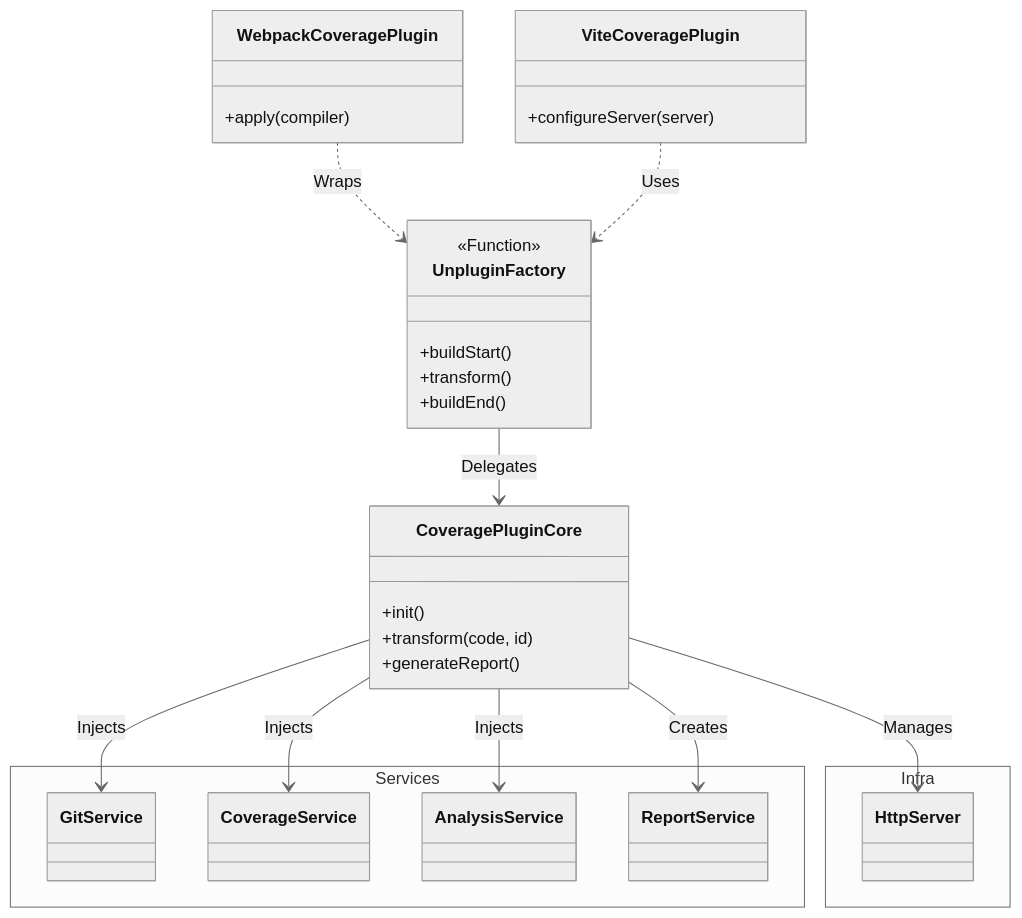
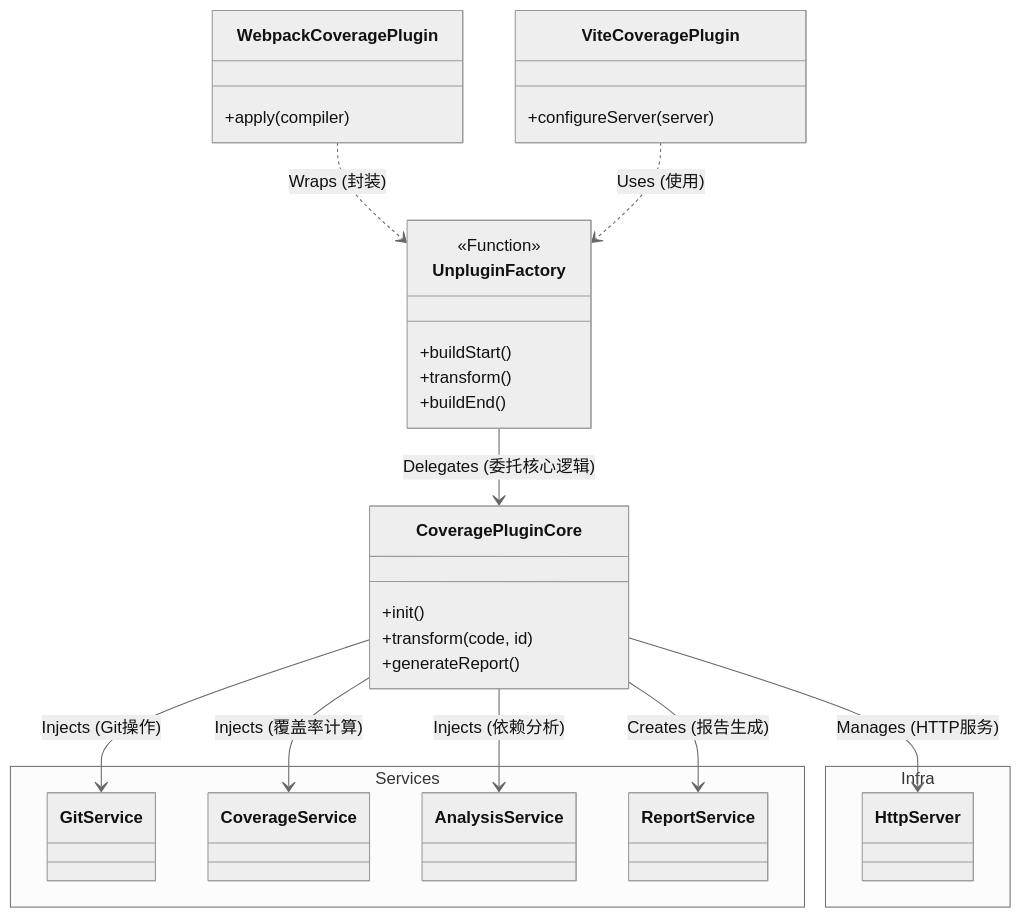
The first of 3 diagrams in packages/webpack-coverage-plugin/TECHNICAL_DOC.md (chuanjing729-glitch/fe-workspace), drawn with Mermaid (neutral theme) before and after one commit. The commit also changed other lines of this file and 10 other files, not shown here.

````diff
--- a/packages/webpack-coverage-plugin/TECHNICAL_DOC.md
+++ b/packages/webpack-coverage-plugin/TECHNICAL_DOC.md
@@ -19,43 +19,43 @@
 ```mermaid
 classDiagram
     class WebpackCoveragePlugin {
         +apply(compiler)
     }
     class ViteCoveragePlugin {
         +configureServer(server)
     }
     
     class UnpluginFactory {
         <<Function>>
         +buildStart()
         +transform()
         +buildEnd()
     }
 
     class CoveragePluginCore {
         +init()
         +transform(code, id)
         +generateReport()
     }
 
     namespace Services {
         class GitService
         class CoverageService
         class AnalysisService
         class ReportService
     }
 
     namespace Infra {
         class HttpServer
     }
 
-    WebpackCoveragePlugin ..> UnpluginFactory : Wraps
-    ViteCoveragePlugin ..> UnpluginFactory : Uses
-    UnpluginFactory --> CoveragePluginCore : Delegates
+    WebpackCoveragePlugin ..> UnpluginFactory : Wraps (封装)
+    ViteCoveragePlugin ..> UnpluginFactory : Uses (使用)
+    UnpluginFactory --> CoveragePluginCore : Delegates (委托核心逻辑)
     
-    CoveragePluginCore --> GitService : Injects
-    CoveragePluginCore --> CoverageService : Injects
-    CoveragePluginCore --> AnalysisService : Injects
-    CoveragePluginCore --> ReportService : Creates
-    CoveragePluginCore --> HttpServer : Manages
+    CoveragePluginCore --> GitService : Injects (Git操作)
+    CoveragePluginCore --> CoverageService : Injects (覆盖率计算)
+    CoveragePluginCore --> AnalysisService : Injects (依赖分析)
+    CoveragePluginCore --> ReportService : Creates (报告生成)
+    CoveragePluginCore --> HttpServer : Manages (HTTP服务)
 ```
````
